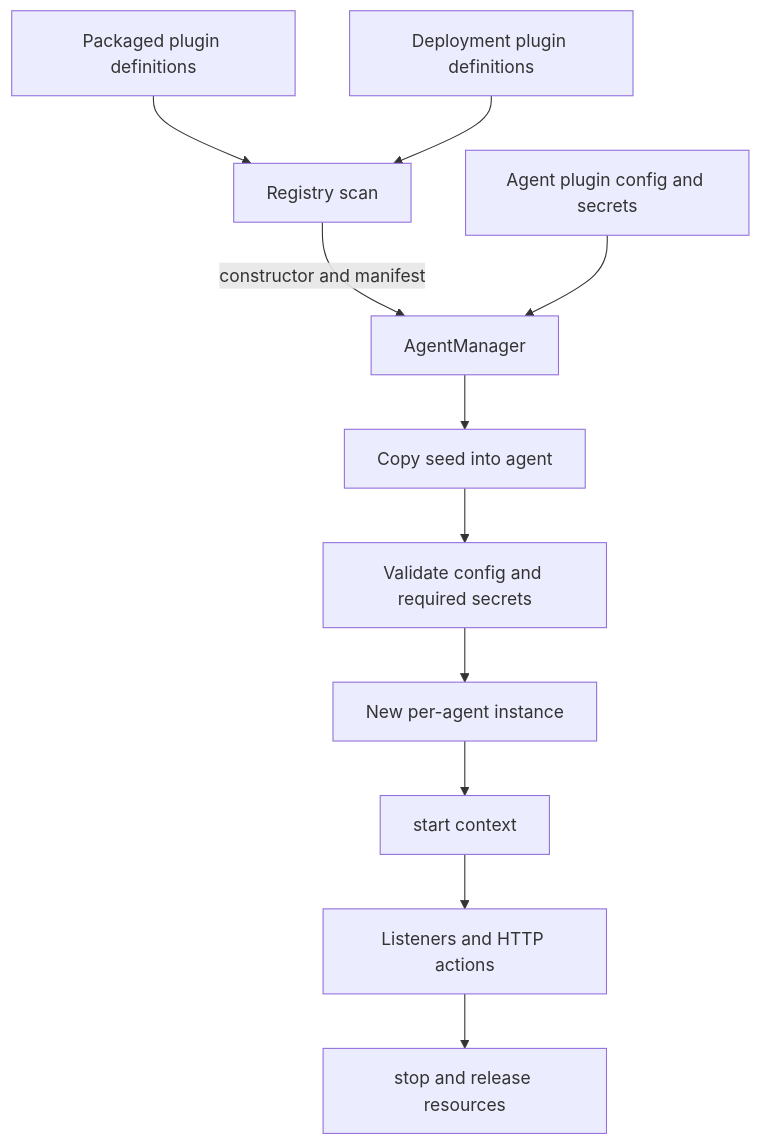
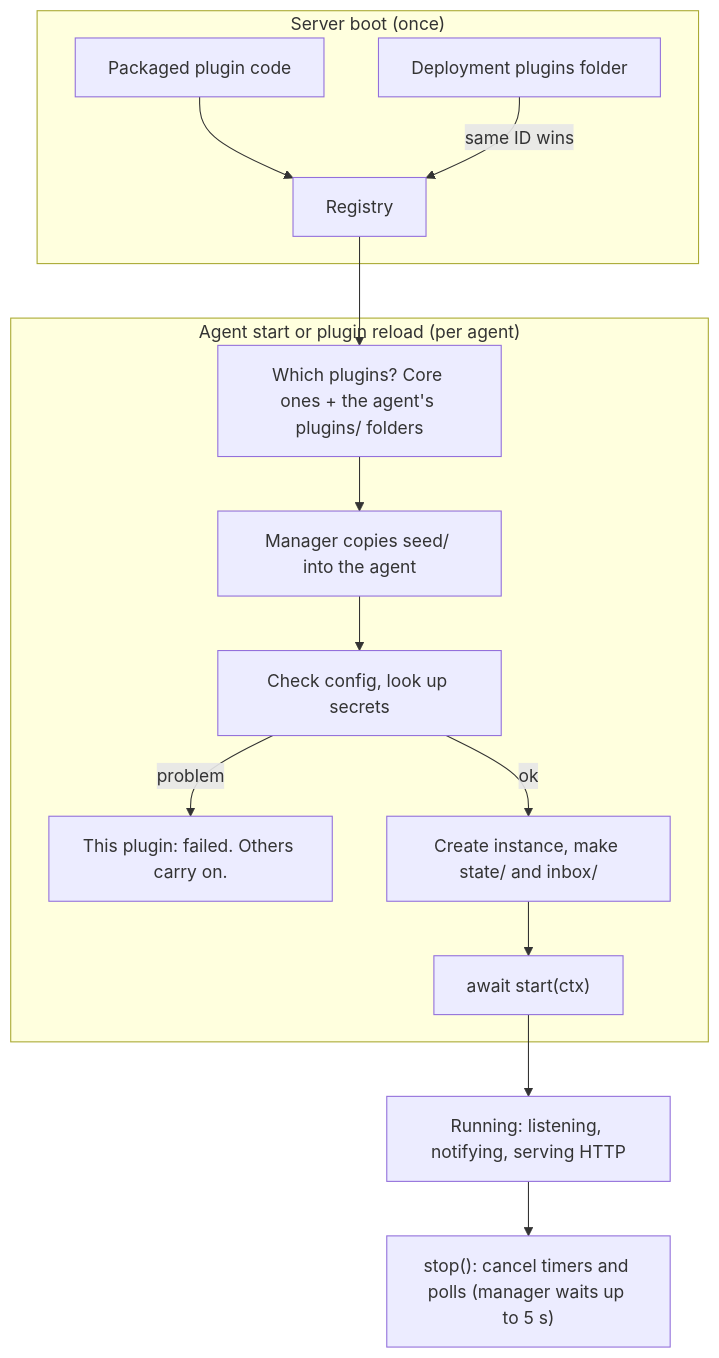
The first of 2 diagrams in docs/low-level/plugins.md (cognisphere-sh/cognisphere-harness), drawn with Mermaid before and after one commit. The commit also changed other lines of this file and 19 other files, not shown here.

First line of the commit message:
Update core implementation roadmap with revised delivery order and agent configuration details

````diff
--- a/docs/low-level/plugins.md
+++ b/docs/low-level/plugins.md
@@ -38,13 +58,17 @@
 ```mermaid
 flowchart TB
-    Builtin[Packaged plugin definitions] --> Registry[Registry scan]
-    User[Deployment plugin definitions] --> Registry
-    Registry -->|constructor and manifest| Manager[AgentManager]
-    Config[Agent plugin config and secrets] --> Manager
-    Manager --> Seed[Copy seed into agent]
-    Seed --> Validate[Validate config and required secrets]
-    Validate --> Instance[New per-agent instance]
-    Instance --> Start[start context]
-    Start --> Running[Listeners and HTTP actions]
-    Running --> Stop[stop and release resources]
+    subgraph Boot["Server boot (once)"]
+        Builtin[Packaged plugin code] --> Registry[Registry]
+        User[Deployment plugins folder] -->|same ID wins| Registry
+    end
+    subgraph Start["Agent start or plugin reload (per agent)"]
+        Registry --> Select[Which plugins? Core ones + the agent's plugins/ folders]
+        Select --> Seed[Manager copies seed/ into the agent]
+        Seed --> Validate[Check config, look up secrets]
+        Validate -->|problem| Failed[This plugin: failed. Others carry on.]
+        Validate -->|ok| New[Create instance, make state/ and inbox/]
+        New --> StartCall["await start(ctx)"]
+    end
+    StartCall --> Running[Running: listening, notifying, serving HTTP]
+    Running --> Stop["stop(): cancel timers and polls (manager waits up to 5 s)"]
 ```
````
